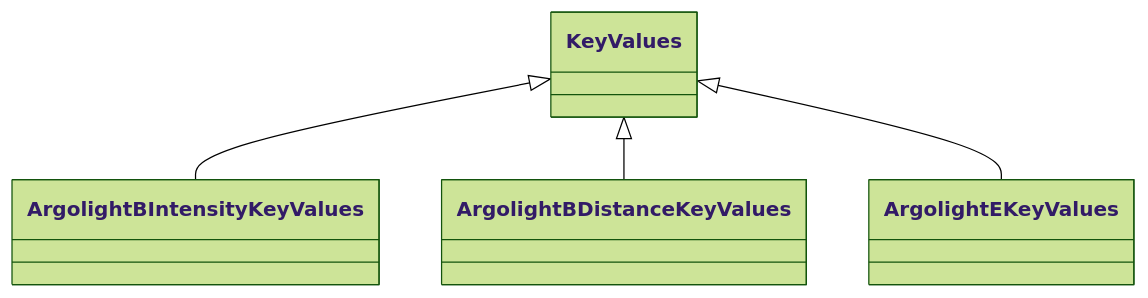
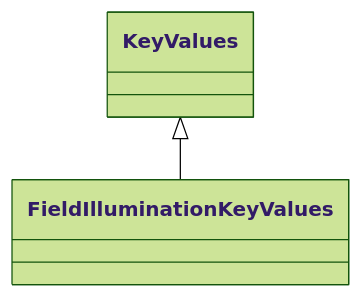
One commit to juliomateoslangerak/microscope-metrics changed the diagram in docs/schema/samples/KeyValues.md. Above: the diagram before and after it, drawn with Mermaid (forest theme). The commit also changed other lines of this file and 193 other files, not shown here.

Commit message:
Minor updates to the schema - ROI is lowercase - More descriptions

````diff
--- a/docs/schema/samples/KeyValues.md
+++ b/docs/schema/samples/KeyValues.md
@@ -17,9 +17,7 @@
 ```mermaid
  classDiagram
     class KeyValues
-      KeyValues <|-- ArgolightBIntensityKeyValues
-      KeyValues <|-- ArgolightBDistanceKeyValues
-      KeyValues <|-- ArgolightEKeyValues
+      KeyValues <|-- FieldIlluminationKeyValues
       
       
 ```
````
